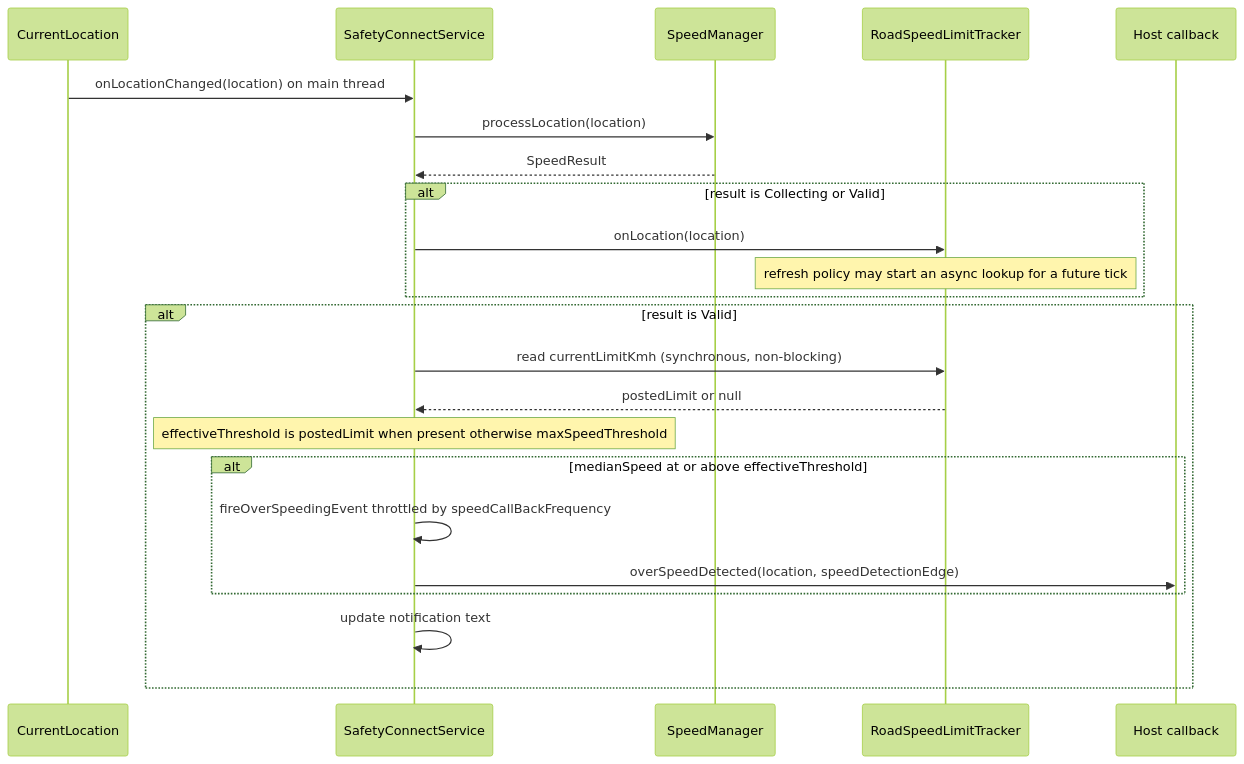
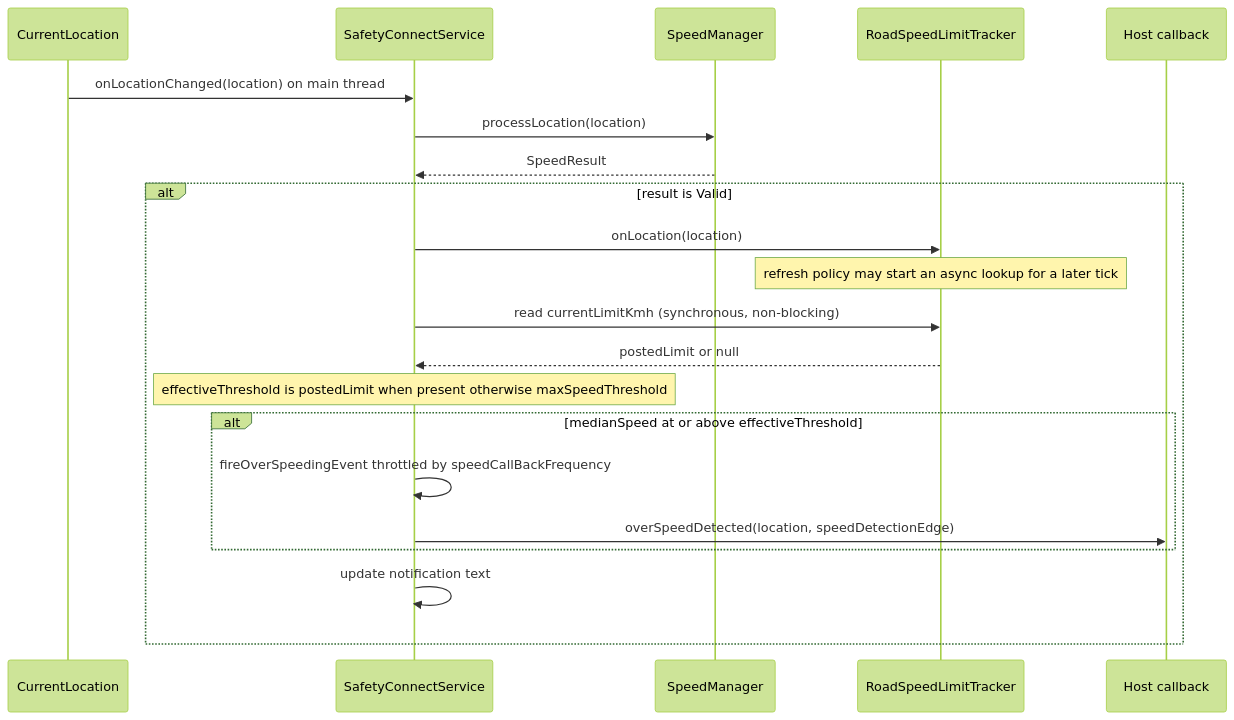
Before and after one commit to arvindcalyx/Testing: the first of 2 diagrams in docs/rfc/context-aware-speed-limits.md, drawn with Mermaid (forest theme). The commit also changed other lines of this file, not shown here.

````diff
--- a/docs/rfc/context-aware-speed-limits.md
+++ b/docs/rfc/context-aware-speed-limits.md
@@ -225,26 +253,24 @@
 ```mermaid
 sequenceDiagram
     participant CL as CurrentLocation
     participant SVC as SafetyConnectService
     participant SM as SpeedManager
     participant RT as RoadSpeedLimitTracker
     participant HOST as Host callback
 
     CL->>SVC: onLocationChanged(location) on main thread
     SVC->>SM: processLocation(location)
     SM-->>SVC: SpeedResult
-    alt result is Collecting or Valid
+    alt result is Valid
         SVC->>RT: onLocation(location)
-        Note over RT: refresh policy may start an async lookup for a future tick
-    end
-    alt result is Valid
+        Note over RT: refresh policy may start an async lookup for a later tick
         SVC->>RT: read currentLimitKmh (synchronous, non-blocking)
         RT-->>SVC: postedLimit or null
         Note over SVC: effectiveThreshold is postedLimit when present otherwise maxSpeedThreshold
         alt medianSpeed at or above effectiveThreshold
             SVC->>SVC: fireOverSpeedingEvent throttled by speedCallBackFrequency
             SVC->>HOST: overSpeedDetected(location, speedDetectionEdge)
         end
         SVC->>SVC: update notification text
     end
 ```
````
